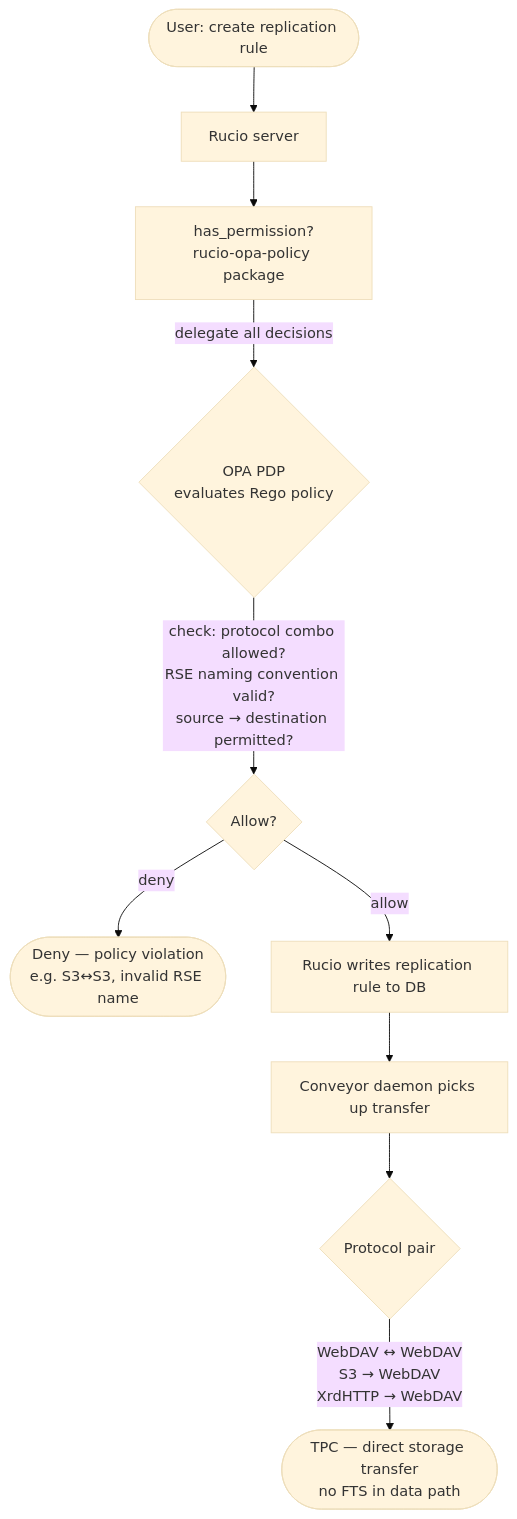
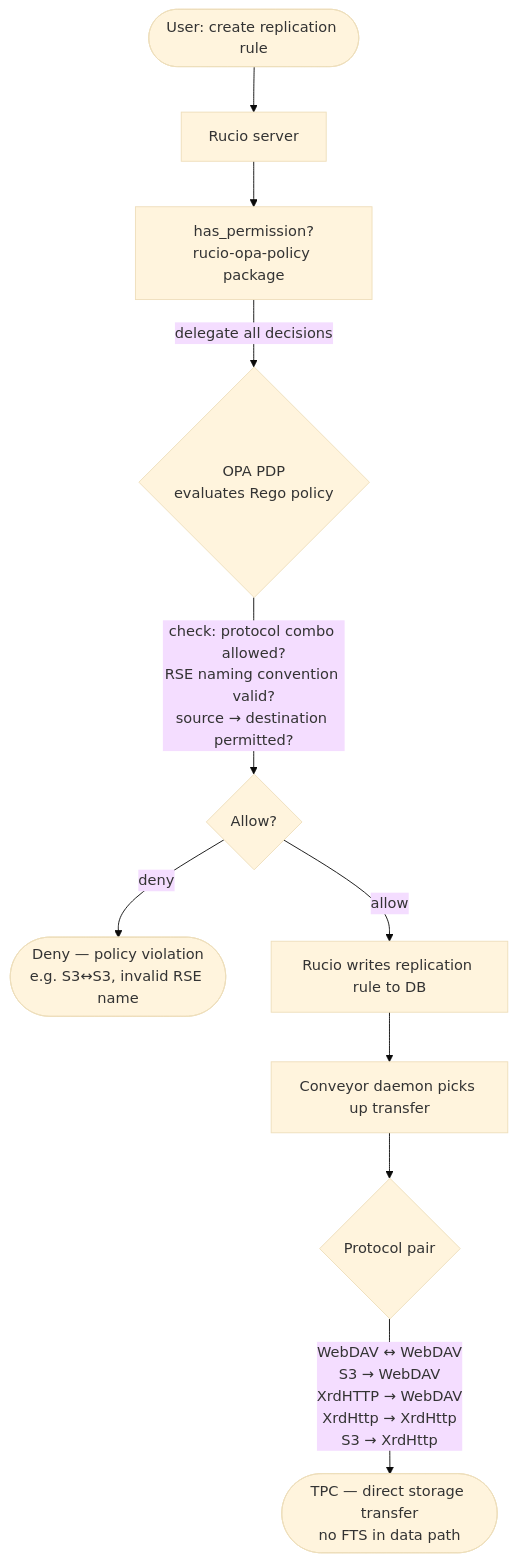
The second of 2 diagrams in README.md (mgajek-cern/opa-policy-package), drawn with Mermaid (base theme) before and after one commit. The commit also changed other lines of this file and 7 other files, not shown here.

First line of the commit message:
feat(policy): allow S3→XrdHTTP and XrdHTTP↔XrdHTTP TPC transfers

````diff
--- a/README.md
+++ b/README.md
@@ -125,15 +115,15 @@
 ```mermaid
 flowchart TD
     A([User: create replication rule]) --> B[Rucio server]
     B --> C[has_permission?\nrucio-opa-policy package]
     C -->|delegate all decisions| D{OPA PDP\nevaluates Rego policy}
 
     D -->|check: protocol combo allowed?\nRSE naming convention valid?\nsource → destination permitted?| E{Allow?}
 
     E -->|deny| F([Deny — policy violation\ne.g. S3↔S3, invalid RSE name])
     E -->|allow| G[Rucio writes replication rule to DB]
 
     G --> H[Conveyor daemon picks up transfer]
     H --> I{Protocol pair}
-    I -->|WebDAV ↔ WebDAV\nS3 → WebDAV\nXrdHTTP → WebDAV| J([TPC — direct storage transfer\nno FTS in data path])
+    I -->|WebDAV ↔ WebDAV\nS3 → WebDAV\nXrdHTTP → WebDAV\nXrdHttp → XrdHttp\n S3 → XrdHttp| J([TPC — direct storage transfer\nno FTS in data path])
 ```
````
